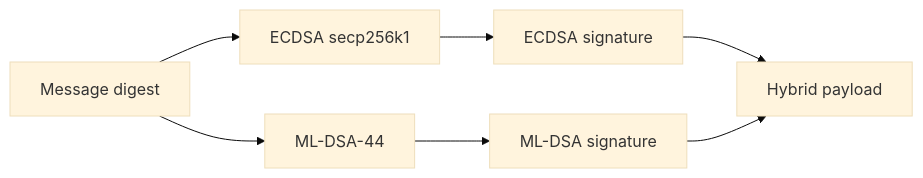
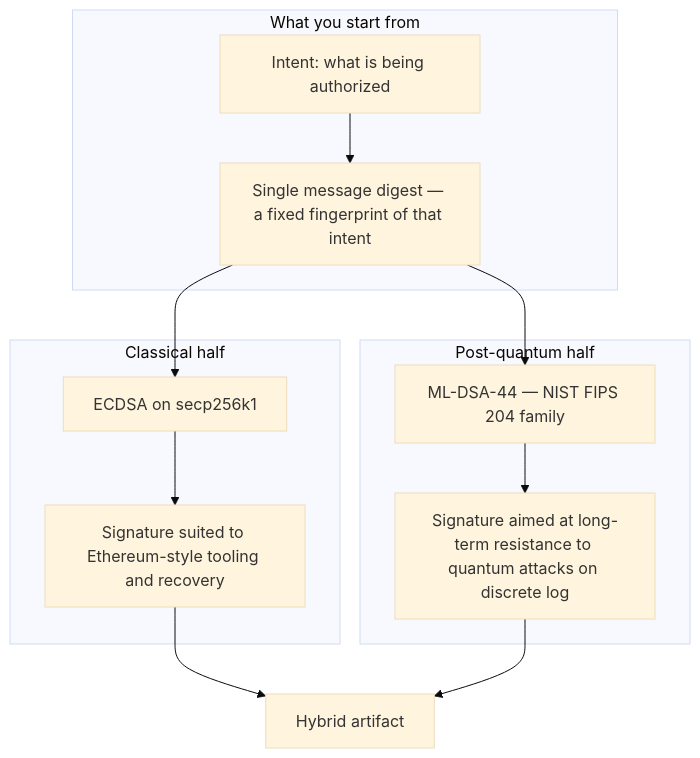
The first of 8 diagrams in signing/morpheum-signature.mdx (morpheum-labs/documentation), drawn with Mermaid (base theme) before and after one commit. The commit also changed other lines of this file, not shown here.

````diff
--- a/signing/morpheum-signature.mdx
+++ b/signing/morpheum-signature.mdx
@@ -43,10 +19,20 @@
 ```mermaid
-flowchart LR
-  M[Message digest]
-  M --> E[ECDSA secp256k1]
-  M --> P[ML-DSA-44]
-  E --> S1[ECDSA signature]
-  P --> S2[ML-DSA signature]
-  S1 --> H[Hybrid payload]
-  S2 --> H
+flowchart TB
+  subgraph inputs [What you start from]
+    I[Intent: what is being authorized]
+    I --> D[Single message digest — a fixed fingerprint of that intent]
+  end
+
+  subgraph classical [Classical half]
+    D --> E[ECDSA on secp256k1]
+    E --> C[Signature suited to Ethereum-style tooling and recovery]
+  end
+
+  subgraph pq [Post-quantum half]
+    D --> M[ML-DSA-44 — NIST FIPS 204 family]
+    M --> Q[Signature aimed at long-term resistance to quantum attacks on discrete log]
+  end
+
+  C --> H[Hybrid artifact]
+  Q --> H
 ```
````
